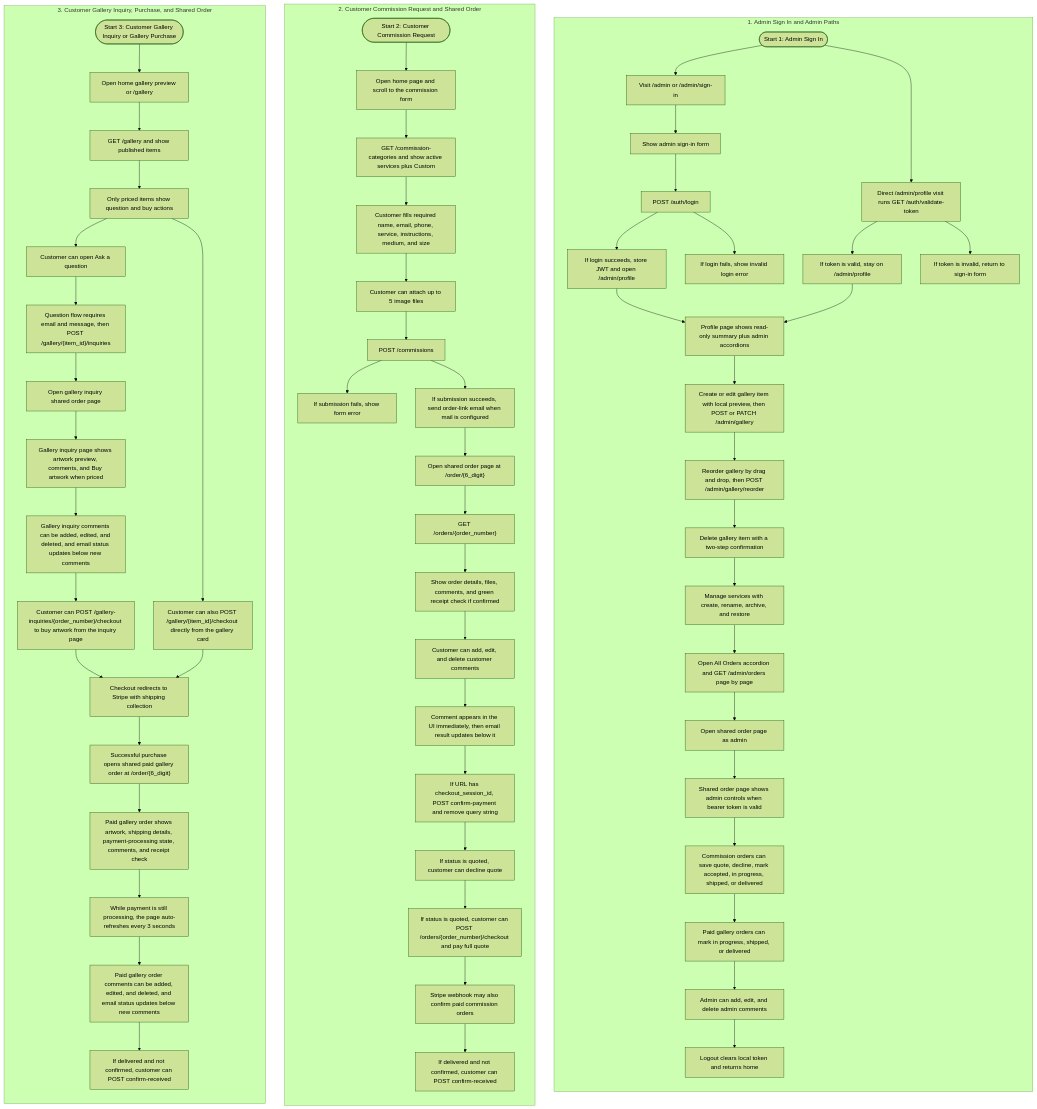
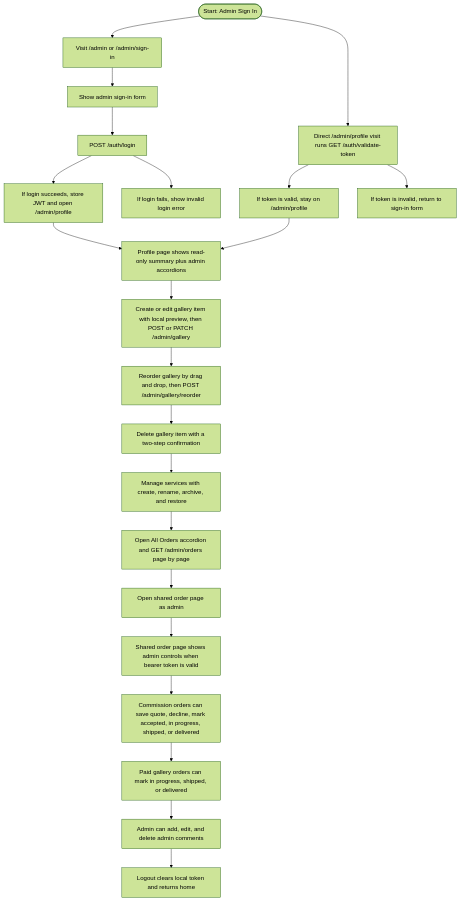
Before and after one commit to david-lytikainen/SAS: the first of 3 diagrams in 0_KC/flowchart.md, drawn with Mermaid (forest theme). The commit also changed other lines of this file and 9 other files, not shown here.

Commit message:
Refresh KC flowcharts

````diff
--- a/0_KC/flowchart.md
+++ b/0_KC/flowchart.md
@@ -3,86 +3,33 @@
 ```mermaid
 flowchart TB
-  subgraph AdminFlow[1. Admin Sign In and Admin Paths]
-    direction TB
-    A0([Start 1: Admin Sign In])
-    A1[Visit /admin or /admin/sign-in]
-    A2[Show admin sign-in form]
-    A3[POST /auth/login]
-    A4[If login succeeds, store JWT and open /admin/profile]
-    A5[If login fails, show invalid login error]
-    A6[Direct /admin/profile visit runs GET /auth/validate-token]
-    A7[If token is valid, stay on /admin/profile]
-    A8[If token is invalid, return to sign-in form]
-    A9[Profile page shows read-only summary plus admin accordions]
-    A10[Create or edit gallery item with local preview, then POST or PATCH /admin/gallery]
-    A11[Reorder gallery by drag and drop, then POST /admin/gallery/reorder]
-    A12[Delete gallery item with a two-step confirmation]
-    A13[Manage services with create, rename, archive, and restore]
-    A14[Open All Orders accordion and GET /admin/orders page by page]
-    A15[Open shared order page as admin]
-    A16[Shared order page shows admin controls when bearer token is valid]
-    A17[Commission orders can save quote, decline, mark accepted, in progress, shipped, or delivered]
-    A18[Paid gallery orders can mark in progress, shipped, or delivered]
-    A19[Admin can add, edit, and delete admin comments]
-    A20[Logout clears local token and returns home]
+  A0([Start: Admin Sign In])
+  A1[Visit /admin or /admin/sign-in]
+  A2[Show admin sign-in form]
+  A3[POST /auth/login]
+  A4[If login succeeds, store JWT and open /admin/profile]
+  A5[If login fails, show invalid login error]
+  A6[Direct /admin/profile visit runs GET /auth/validate-token]
+  A7[If token is valid, stay on /admin/profile]
+  A8[If token is invalid, return to sign-in form]
+  A9[Profile page shows read-only summary plus admin accordions]
+  A10[Create or edit gallery item with local preview, then POST or PATCH /admin/gallery]
+  A11[Reorder gallery by drag and drop, then POST /admin/gallery/reorder]
+  A12[Delete gallery item with a two-step confirmation]
+  A13[Manage services with create, rename, archive, and restore]
+  A14[Open All Orders accordion and GET /admin/orders page by page]
+  A15[Open shared order page as admin]
+  A16[Shared order page shows admin controls when bearer token is valid]
+  A17[Commission orders can save quote, decline, mark accepted, in progress, shipped, or delivered]
+  A18[Paid gallery orders can mark in progress, shipped, or delivered]
+  A19[Admin can add, edit, and delete admin comments]
+  A20[Logout clears local token and returns home]
 
-    A0 --> A1 --> A2 --> A3
-    A3 --> A4
-    A3 --> A5
-    A0 --> A6
-    A6 --> A7
-    A6 --> A8
-    A4 --> A9 --> A10 --> A11 --> A12 --> A13 --> A14 --> A15 --> A16 --> A17 --> A18 --> A19 --> A20
-    A7 --> A9
-  end
-
-  subgraph CommissionFlow[2. Customer Commission Request and Shared Order]
-    direction TB
-    B0([Start 2: Customer Commission Request])
-    B1[Open home page and scroll to the commission form]
-    B2[GET /commission-categories and show active services plus Custom]
-    B3[Customer fills required name, email, phone, service, instructions, medium, and size]
-    B4[Customer can attach up to 5 image files]
-    B5[POST /commissions]
-    B6[If submission fails, show form error]
-    B7[If submission succeeds, send order-link email when mail is configured]
-    B8["Open shared order page at /order/{6_digit}"]
-    B9["GET /orders/{order_number}"]
-    B10[Show order details, files, comments, and green receipt check if confirmed]
-    B11[Customer can add, edit, and delete customer comments]
-    B12[Comment appears in the UI immediately, then email result updates below it]
-    B13[If URL has checkout_session_id, POST confirm-payment and remove query string]
-    B14[If status is quoted, customer can decline quote]
-    B15["If status is quoted, customer can POST /orders/{order_number}/checkout and pay full quote"]
-    B16[Stripe webhook may also confirm paid commission orders]
-    B17[If delivered and not confirmed, customer can POST confirm-received]
-
-    B0 --> B1 --> B2 --> B3 --> B4 --> B5
-    B5 --> B6
-    B5 --> B7 --> B8 --> B9 --> B10 --> B11 --> B12 --> B13 --> B14 --> B15 --> B16 --> B17
-  end
-
-  subgraph GalleryFlow[3. Customer Gallery Inquiry, Purchase, and Shared Order]
-    direction TB
-    C0([Start 3: Customer Gallery Inquiry or Gallery Purchase])
-    C1[Open home gallery preview or /gallery]
-    C2[GET /gallery and show published items]
-    C3[Only priced items show question and buy actions]
-    C4[Customer can open Ask a question]
-    C5["Question flow requires email and message, then POST /gallery/{item_id}/inquiries"]
-    C6[Open gallery inquiry shared order page]
-    C7[Gallery inquiry page shows artwork preview, comments, and Buy artwork when priced]
-    C8[Gallery inquiry comments can be added, edited, and deleted, and email status updates below new comments]
-    C9["Customer can POST /gallery-inquiries/{order_number}/checkout to buy artwork from the inquiry page"]
-    C10["Customer can also POST /gallery/{item_id}/checkout directly from the gallery card"]
-    C11[Checkout redirects to Stripe with shipping collection]
-    C12["Successful purchase opens shared paid gallery order at /order/{6_digit}"]
-    C13[Paid gallery order shows artwork, shipping details, payment-processing state, comments, and receipt check]
-    C14[While payment is still processing, the page auto-refreshes every 3 seconds]
-    C15[Paid gallery order comments can be added, edited, and deleted, and email status updates below new comments]
-    C16[If delivered and not confirmed, customer can POST confirm-received]
-
-    C0 --> C1 --> C2 --> C3 --> C4 --> C5 --> C6 --> C7 --> C8 --> C9 --> C11 --> C12 --> C13 --> C14 --> C15 --> C16
-    C3 --> C10 --> C11
-  end
+  A0 --> A1 --> A2 --> A3
+  A3 --> A4
+  A3 --> A5
+  A0 --> A6
+  A6 --> A7
+  A6 --> A8
+  A4 --> A9 --> A10 --> A11 --> A12 --> A13 --> A14 --> A15 --> A16 --> A17 --> A18 --> A19 --> A20
+  A7 --> A9
 ```
````
